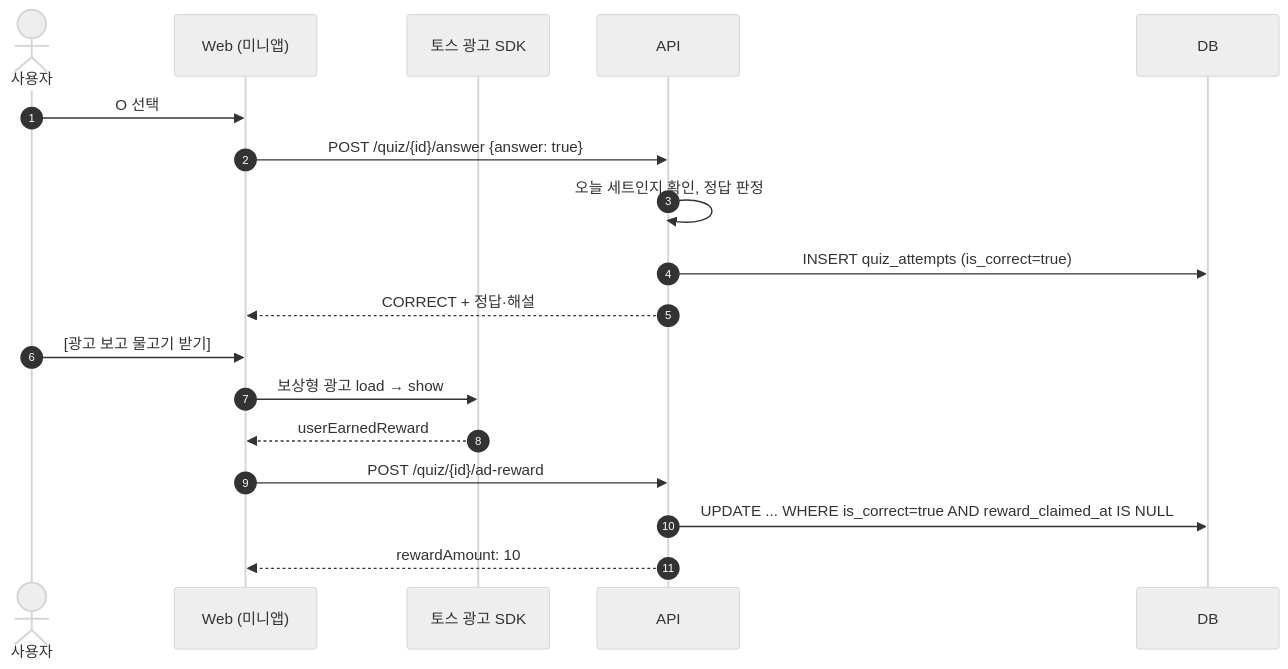
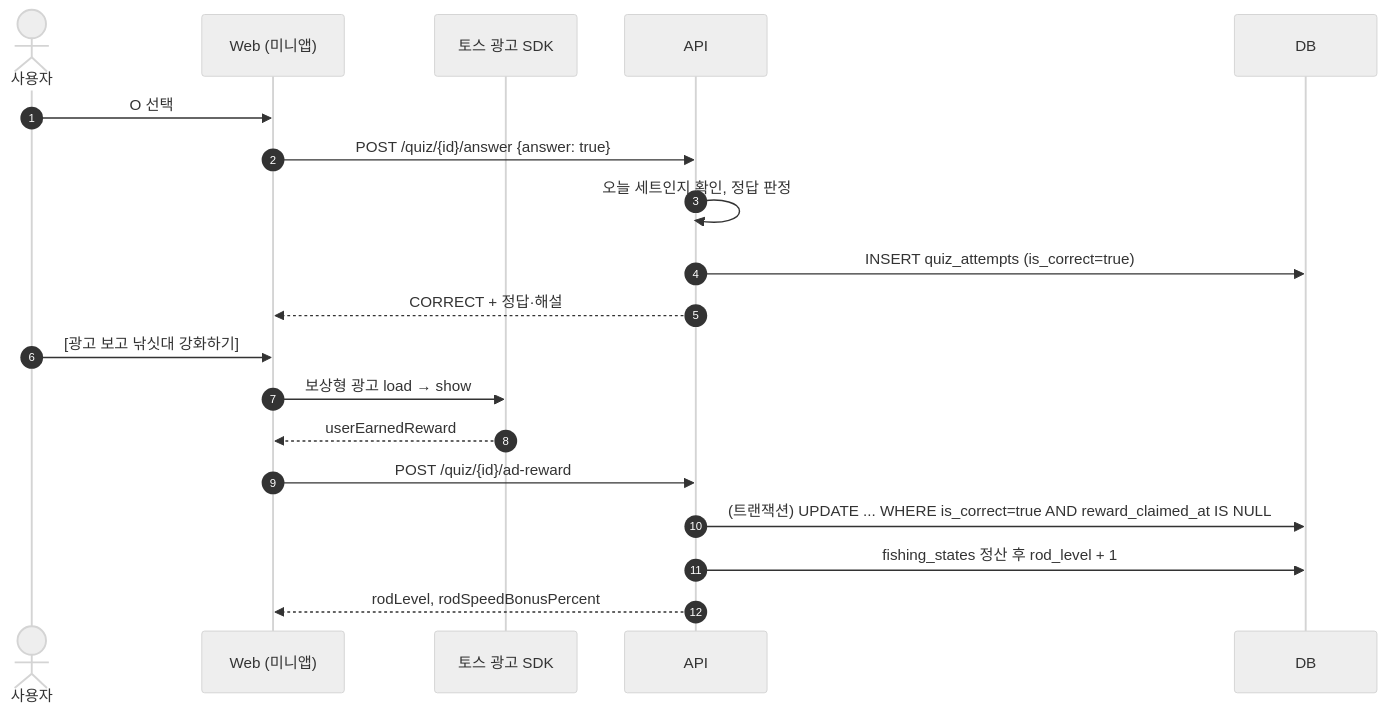
The third of 4 diagrams in docs/design/ox-quiz-sequence.md (toss-minigame/haedalpoint), drawn with Mermaid (neutral theme) before and after one commit. The commit also changed 12 other files, not shown here.

First line of the commit message:
feat(api): 퀴즈 광고 보상을 물고기 대신 낚싯대 강화로 변경

````diff
--- a/docs/design/ox-quiz-sequence.md
+++ b/docs/design/ox-quiz-sequence.md
@@ -53,22 +53,23 @@
 ```mermaid
 sequenceDiagram
     autonumber
     actor U as 사용자
     participant W as Web (미니앱)
     participant S as 토스 광고 SDK
     participant A as API
     participant D as DB
 
     U->>W: O 선택
     W->>A: POST /quiz/{id}/answer {answer: true}
     A->>A: 오늘 세트인지 확인, 정답 판정
     A->>D: INSERT quiz_attempts (is_correct=true)
     A-->>W: CORRECT + 정답·해설
 
-    U->>W: [광고 보고 물고기 받기]
+    U->>W: [광고 보고 낚싯대 강화하기]
     W->>S: 보상형 광고 load → show
     S-->>W: userEarnedReward
     W->>A: POST /quiz/{id}/ad-reward
-    A->>D: UPDATE ... WHERE is_correct=true AND reward_claimed_at IS NULL
-    A-->>W: rewardAmount: 10
+    A->>D: (트랜잭션) UPDATE ... WHERE is_correct=true AND reward_claimed_at IS NULL
+    A->>D: fishing_states 정산 후 rod_level + 1
+    A-->>W: rodLevel, rodSpeedBonusPercent
 ```
````
